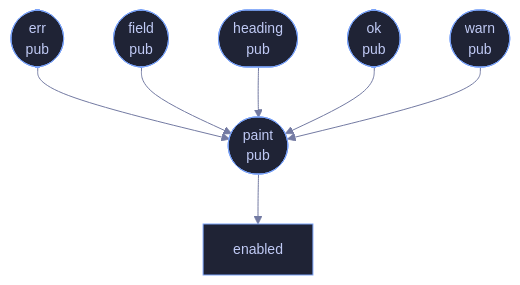
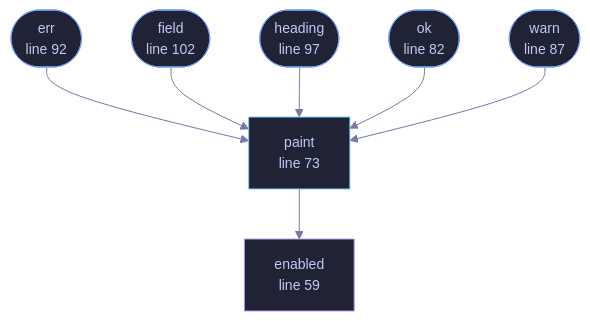
Before and after one commit to tilas01/veilvoice: the diagram in docs/files/veilvoice-cli/theme.md, drawn with Mermaid. The commit also changed other lines of this file and 182 other files, not shown here.

````diff
--- a/docs/files/veilvoice-cli/theme.md
+++ b/docs/files/veilvoice-cli/theme.md
@@ -58,17 +78,23 @@
 ```mermaid
 %%{init: {"theme":"base","themeVariables":{"background":"#1a1b26","primaryColor":"#1f2335","primaryTextColor":"#c0caf5","primaryBorderColor":"#7aa2f7","secondaryColor":"#16161e","tertiaryColor":"#16161e","lineColor":"#737aa2","textColor":"#c0caf5","mainBkg":"#1f2335","nodeBorder":"#7aa2f7","clusterBkg":"#16161e","clusterBorder":"#2f3549","fontFamily":"ui-monospace, SFMono-Regular, Consolas, monospace","fontSize":"14px"}}}%%
 flowchart TD
-    n_enabled["enabled"]
-    n_paint(["paint<br/>pub"])
-    n_ok(["ok<br/>pub"])
-    n_warn(["warn<br/>pub"])
-    n_err(["err<br/>pub"])
-    n_heading(["heading<br/>pub"])
-    n_field(["field<br/>pub"])
+    n_enabled["enabled<br/>line 59"]
+    n_paint["paint<br/>line 73"]
+    n_ok(["ok<br/>line 82"])
+    n_warn(["warn<br/>line 87"])
+    n_err(["err<br/>line 92"])
+    n_heading(["heading<br/>line 97"])
+    n_field(["field<br/>line 102"])
     n_err --> n_paint
     n_field --> n_paint
     n_heading --> n_paint
     n_ok --> n_paint
     n_paint --> n_enabled
     n_warn --> n_paint
+    classDef entry fill:#1f2335,stroke:#7aa2f7,color:#c0caf5
+    class n_ok,n_warn,n_err,n_heading,n_field entry
+    classDef api fill:#1f2335,stroke:#7dcfff,color:#c0caf5
+    class n_paint api
+    classDef helper fill:#1f2335,stroke:#bb9af7,color:#c0caf5
+    class n_enabled helper
 ```
````
